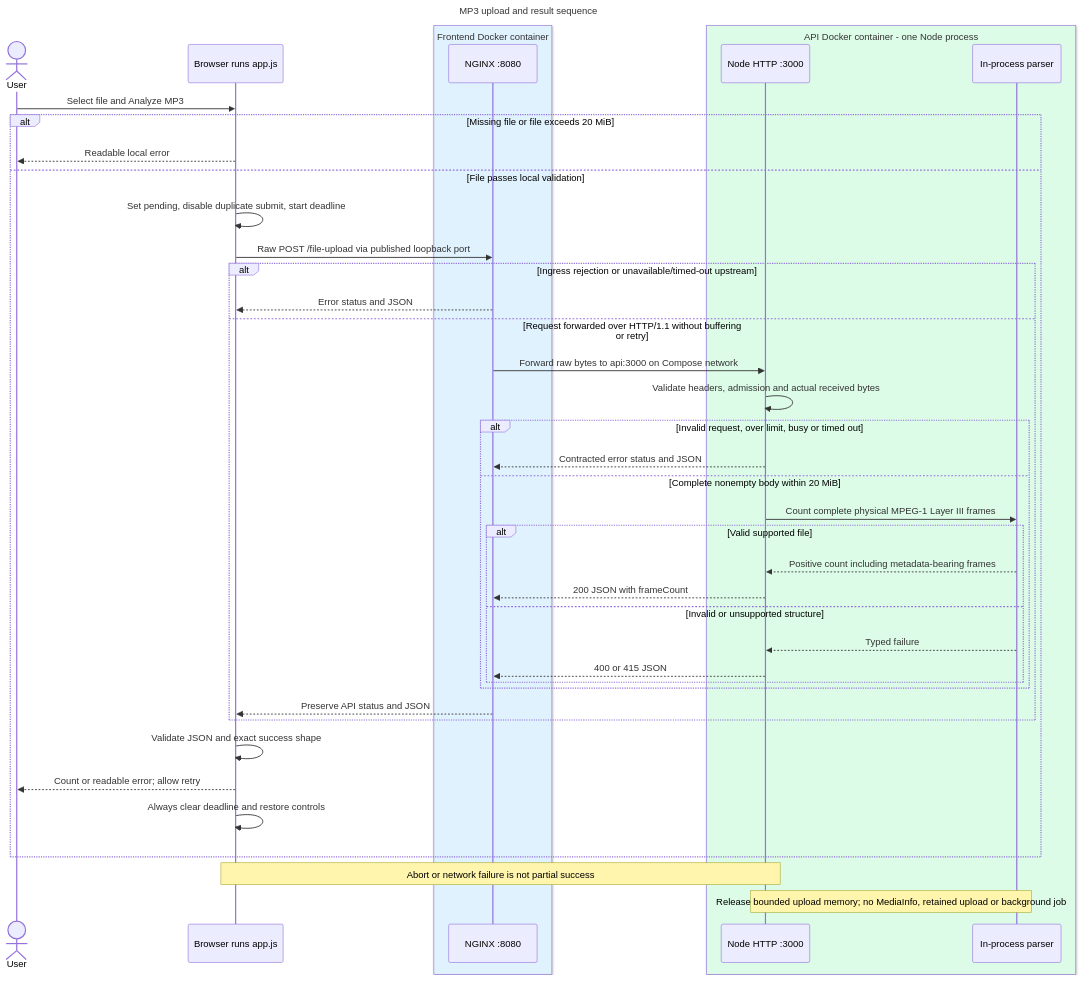
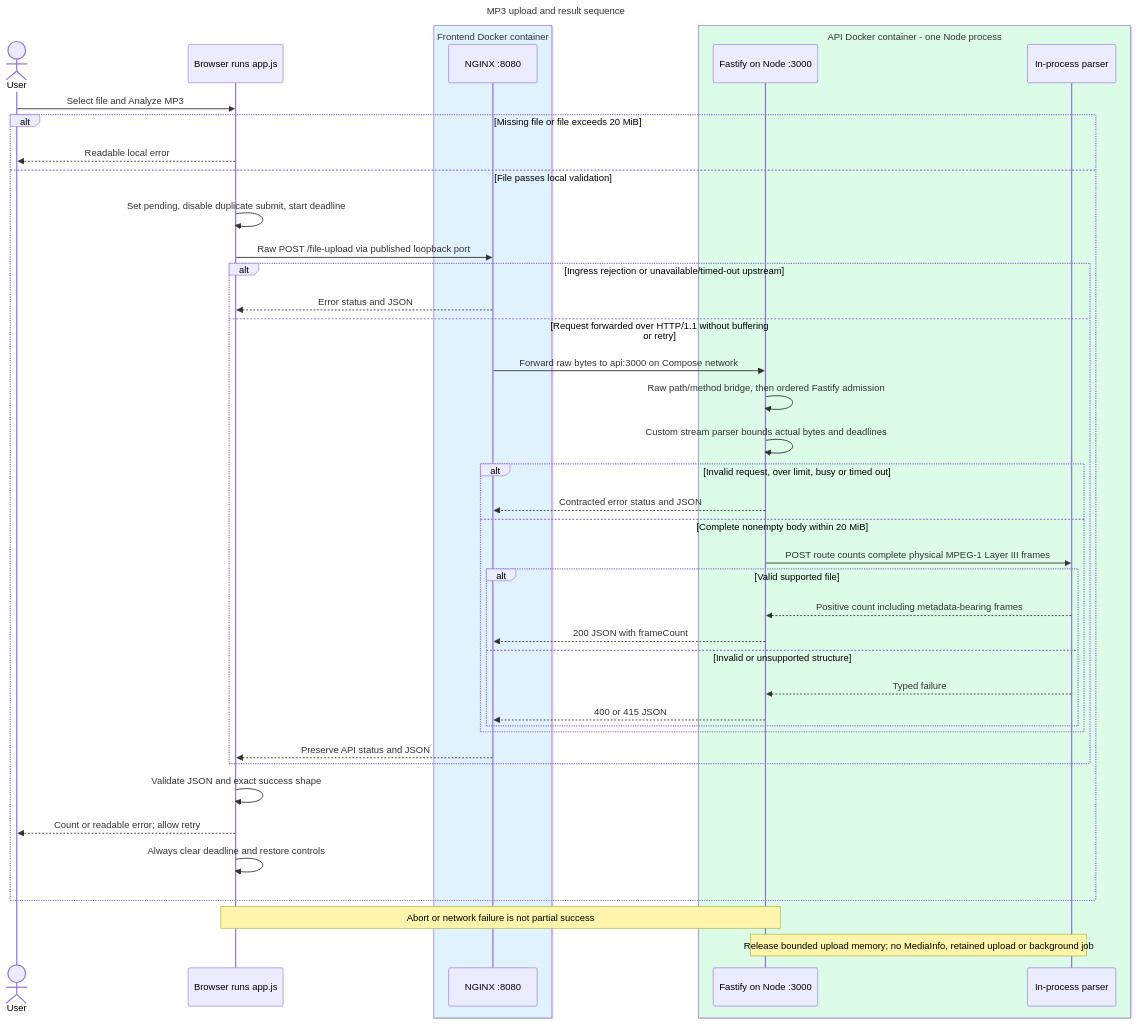
Before and after one commit to brobro10000/mp3-frame-counter: the diagram in docs/architecture/diagrams/upload.mmd, drawn with Mermaid. The commit also changed 22 other files, not shown here.

First line of the commit message:
feat(api): migrate bounded upload transport to Fastify (#19)

```diff
--- a/docs/architecture/diagrams/upload.mmd
+++ b/docs/architecture/diagrams/upload.mmd
@@ -1,60 +1,61 @@
 ---
 title: MP3 upload and result sequence
 query: >-
-  Show the implemented Analyze MP3 request and response sequence through the browser, NGINX, native Node API and
+  Show the implemented Analyze MP3 request and response sequence through the browser, NGINX, Fastify API on Node and
   pure parser. Include local file validation, pending controls, the actual-byte 20 MiB bound, typed parser failures,
   proxy failures, JSON validation and restored controls after every outcome. Count complete physical MPEG-1 Layer III
   frames including metadata-bearing frames. Keep errors readable and show that aborted uploads cannot succeed.
   Use only behavior supported by the referenced files; this is not a cloud deployment diagram.
   Group NGINX inside the frontend Docker container and API plus parser inside the API Docker container. The API and
   parser share one Node process; browser JavaScript runs outside Docker. Never draw the parser as a third container.
 references:
   - "File: /frontend/app.js"
   - "File: /frontend/nginx.conf.template"
   - "File: /server/src/http.ts"
   - "File: /server/src/mp3.ts"
   - "File: /frontend/Dockerfile"
   - "File: /server/Dockerfile"
   - "File: /compose.yaml"
 ---
 sequenceDiagram
     actor User
     participant Browser as Browser runs app.js
     box rgb(224,242,254) Frontend Docker container
         participant Frontend as NGINX :8080
     end
     box rgb(220,252,231) API Docker container - one Node process
-        participant API as Node HTTP :3000
+        participant API as Fastify on Node :3000
         participant Parser as In-process parser
     end
     User->>Browser: Select file and Analyze MP3
     alt Missing file or file exceeds 20 MiB
         Browser-->>User: Readable local error
     else File passes local validation
         Browser->>Browser: Set pending, disable duplicate submit, start deadline
         Browser->>Frontend: Raw POST /file-upload via published loopback port
         alt Ingress rejection or unavailable/timed-out upstream
             Frontend-->>Browser: Error status and JSON
         else Request forwarded over HTTP/1.1 without buffering or retry
             Frontend->>API: Forward raw bytes to api:3000 on Compose network
-            API->>API: Validate headers, admission and actual received bytes
+            API->>API: Raw path/method bridge, then ordered Fastify admission
+            API->>API: Custom stream parser bounds actual bytes and deadlines
             alt Invalid request, over limit, busy or timed out
                 API-->>Frontend: Contracted error status and JSON
             else Complete nonempty body within 20 MiB
-                API->>Parser: Count complete physical MPEG-1 Layer III frames
+                API->>Parser: POST route counts complete physical MPEG-1 Layer III frames
                 alt Valid supported file
                     Parser-->>API: Positive count including metadata-bearing frames
                     API-->>Frontend: 200 JSON with frameCount
                 else Invalid or unsupported structure
                     Parser-->>API: Typed failure
                     API-->>Frontend: 400 or 415 JSON
                 end
             end
             Frontend-->>Browser: Preserve API status and JSON
         end
         Browser->>Browser: Validate JSON and exact success shape
         Browser-->>User: Count or readable error#59; allow retry
         Browser->>Browser: Always clear deadline and restore controls
     end
     Note over Browser,API: Abort or network failure is not partial success
     Note over API,Parser: Release bounded upload memory#59; no MediaInfo, retained upload or background job
```
